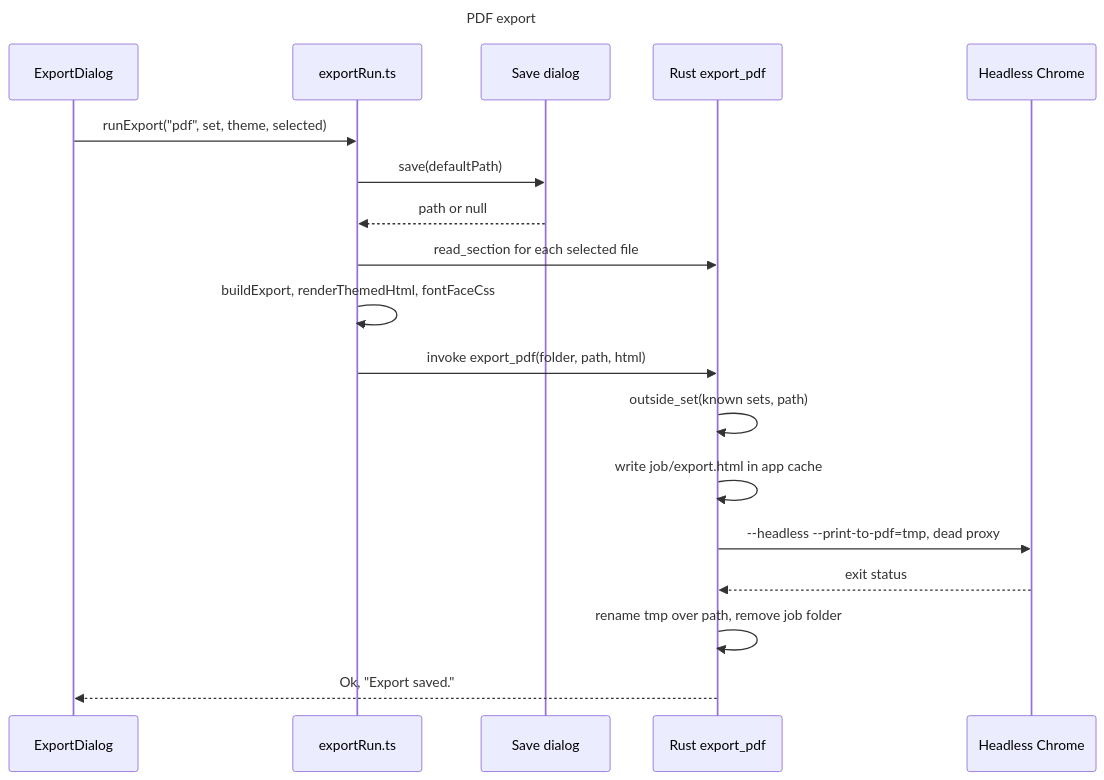
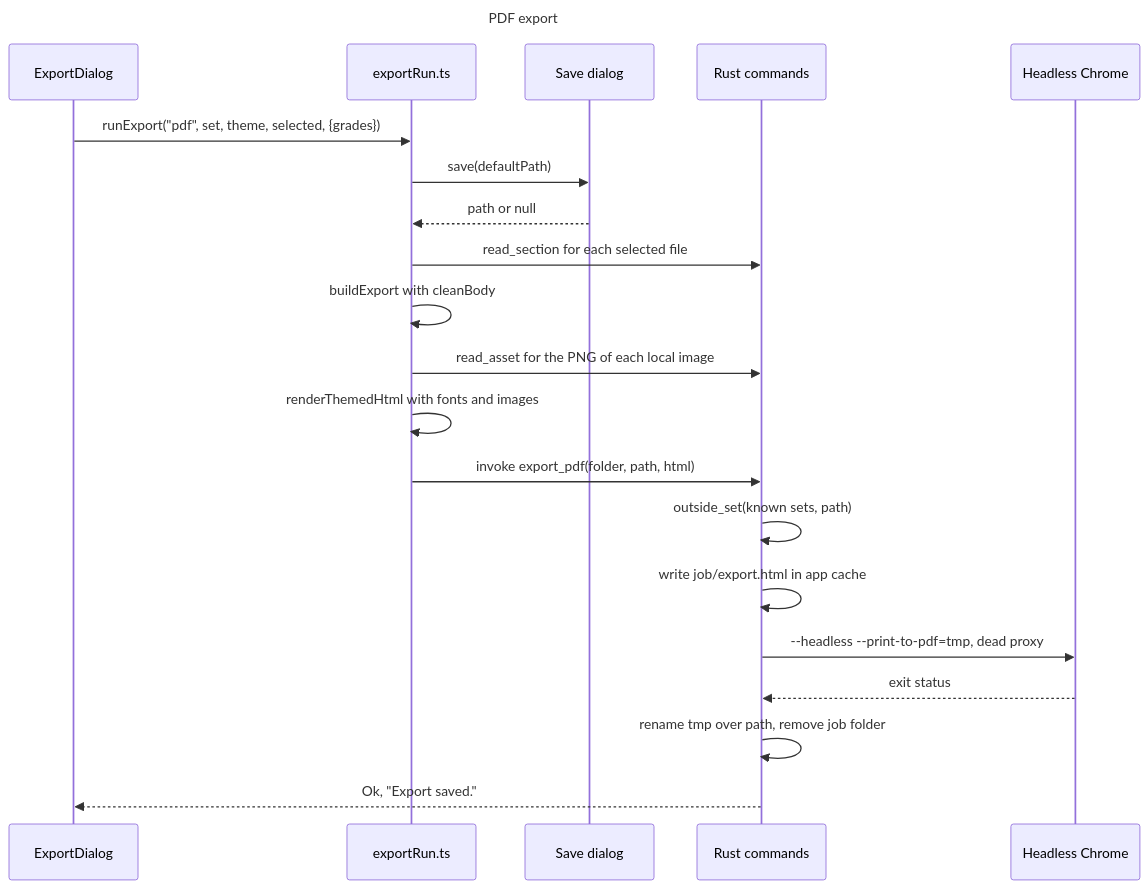
One commit to SpillwaveSolutions/prd-forge-viewer changed diagram 12 of 19 in docs/designs/current_design_doc.md. Above: the diagram before and after it, drawn with Mermaid. The commit also changed other lines of this file and 8 other files, not shown here.

````diff
--- a/docs/designs/current_design_doc.md
+++ b/docs/designs/current_design_doc.md
@@ -588,23 +619,25 @@
 ```mermaid
 ---
 title: PDF export
 ---
 sequenceDiagram
     participant D as ExportDialog
     participant X as exportRun.ts
     participant Dlg as Save dialog
-    participant R as Rust export_pdf
+    participant R as Rust commands
     participant C as Headless Chrome
-    D->>X: runExport("pdf", set, theme, selected)
+    D->>X: runExport("pdf", set, theme, selected, {grades})
     X->>Dlg: save(defaultPath)
     Dlg-->>X: path or null
     X->>R: read_section for each selected file
-    X->>X: buildExport, renderThemedHtml, fontFaceCss
+    X->>X: buildExport with cleanBody
+    X->>R: read_asset for the PNG of each local image
+    X->>X: renderThemedHtml with fonts and images
     X->>R: invoke export_pdf(folder, path, html)
     R->>R: outside_set(known sets, path)
     R->>R: write job/export.html in app cache
     R->>C: --headless --print-to-pdf=tmp, dead proxy
     C-->>R: exit status
     R->>R: rename tmp over path, remove job folder
     R-->>D: Ok, "Export saved."
 ```
````
